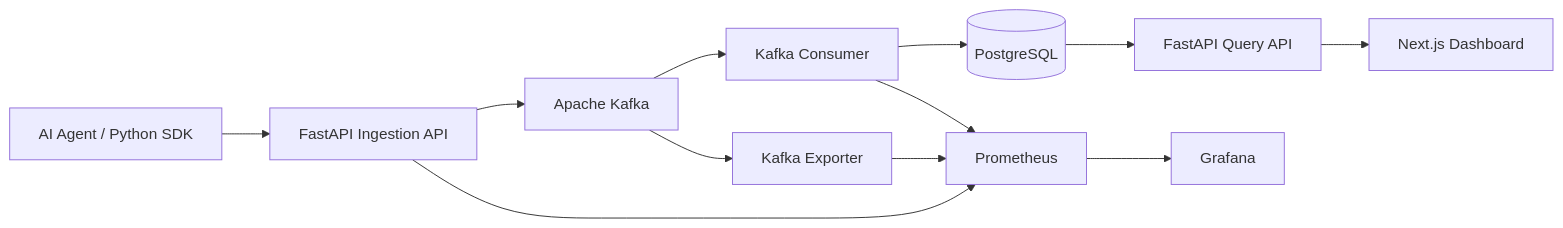
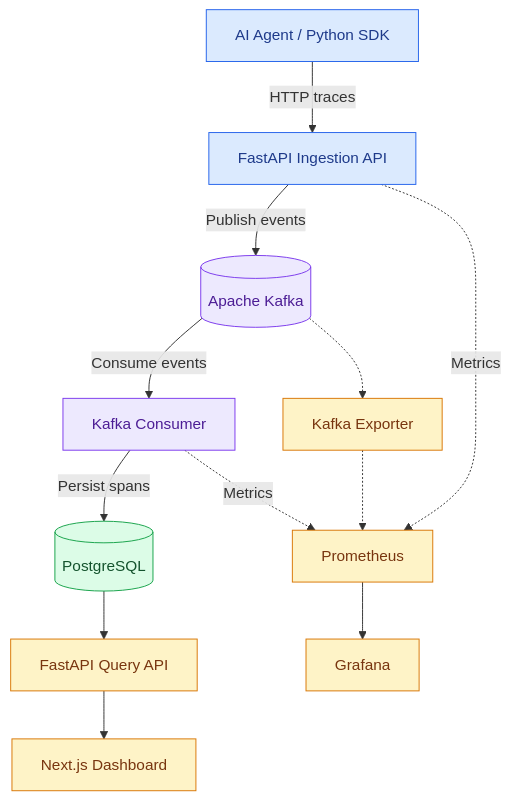
Before and after one commit to adjascently/agentscope: the first of 2 diagrams in README.md, drawn with Mermaid. The commit also changed other lines of this file, not shown here.

````diff
--- a/README.md
+++ b/README.md
@@ -13,14 +115,37 @@
 ```mermaid
-flowchart LR
-    A["AI Agent / Python SDK"] --> B["FastAPI Ingestion API"]
-    B --> C["Apache Kafka"]
-    C --> D["Kafka Consumer"]
-    D --> E[("PostgreSQL")]
-    E --> F["FastAPI Query API"]
-    F --> G["Next.js Dashboard"]
-    B --> H["Prometheus"]
-    D --> H
-    C --> I["Kafka Exporter"]
-    I --> H
-    H --> J["Grafana"]
+flowchart TD
+    A["AI Agent / Python SDK"]
+    B["FastAPI Ingestion API"]
+    C[("Apache Kafka")]
+    D["Kafka Consumer"]
+    E[("PostgreSQL")]
+    F["FastAPI Query API"]
+    G["Next.js Dashboard"]
+
+    H["Prometheus"]
+    I["Kafka Exporter"]
+    J["Grafana"]
+
+    A -->|"HTTP traces"| B
+    B -->|"Publish events"| C
+    C -->|"Consume events"| D
+    D -->|"Persist spans"| E
+    E --> F
+    F --> G
+
+    B -.->|"Metrics"| H
+    D -.->|"Metrics"| H
+    C -.-> I
+    I -.-> H
+    H --> J
+
+    classDef source fill:#dbeafe,stroke:#2563eb,color:#1e3a8a
+    classDef pipeline fill:#ede9fe,stroke:#7c3aed,color:#4c1d95
+    classDef storage fill:#dcfce7,stroke:#16a34a,color:#14532d
+    classDef ui fill:#fef3c7,stroke:#d97706,color:#78350f
+
+    class A,B source
+    class C,D pipeline
+    class E storage
+    class F,G,H,I,J ui
 ```
````
